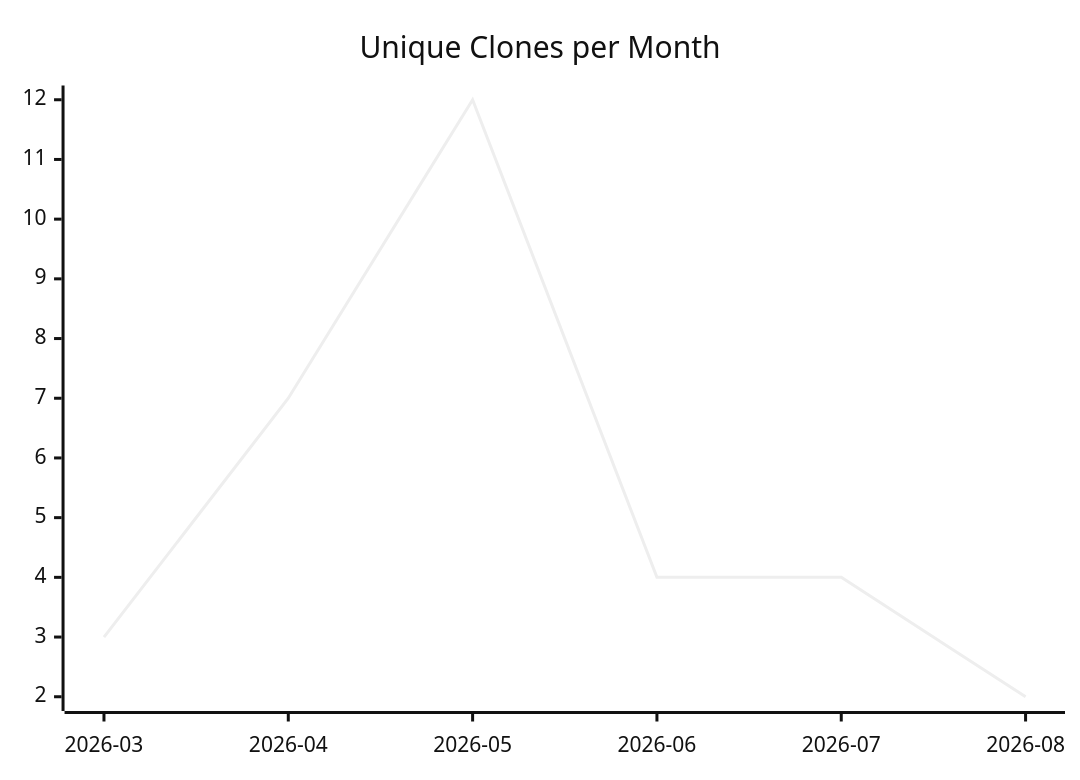
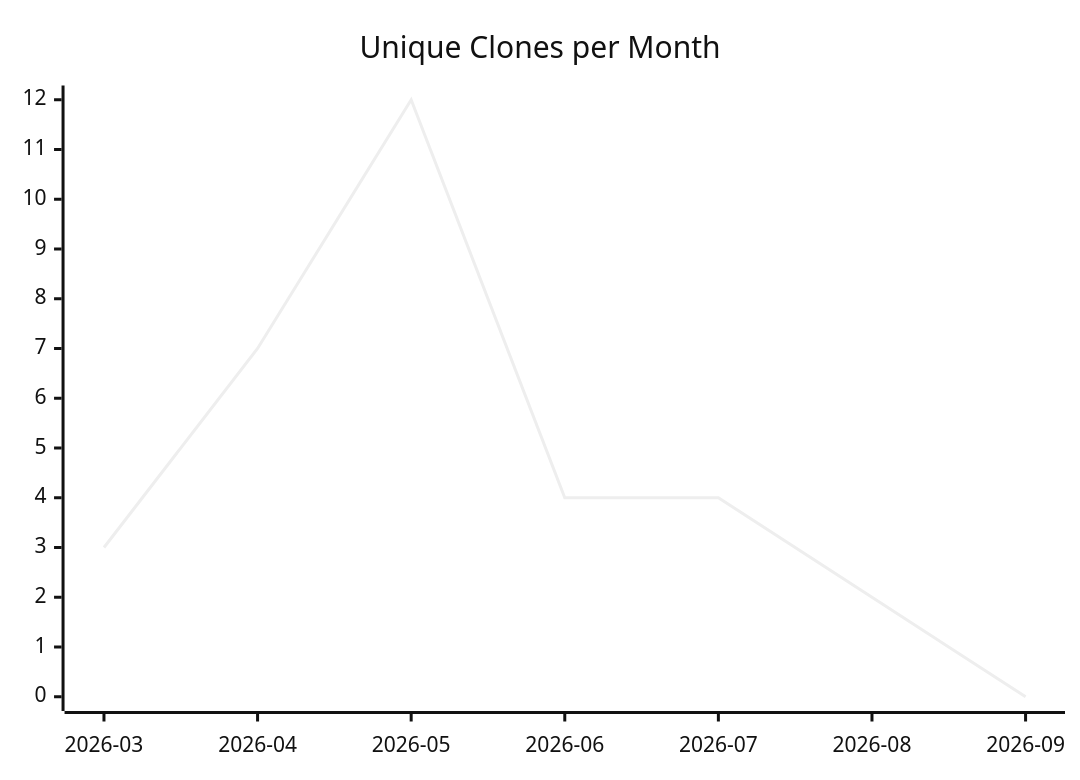
One commit to justdavis-family/github-analytics-data changed the third of 3 diagrams in karlmdavis/perfect-note/README.md. Above: the diagram before and after it, drawn with Mermaid (neutral theme). The commit also changed other lines of this file and 191 other files, not shown here.

````diff
--- a/karlmdavis/perfect-note/README.md
+++ b/karlmdavis/perfect-note/README.md
@@ -19,6 +19,6 @@
 ```mermaid
 xychart-beta
   title "Unique Clones per Month"
-  x-axis ["2026-03", "2026-04", "2026-05", "2026-06", "2026-07", "2026-08"]
-  line [3, 7, 12, 4, 4, 2]
+  x-axis ["2026-03", "2026-04", "2026-05", "2026-06", "2026-07", "2026-08", "2026-09"]
+  line [3, 7, 12, 4, 4, 2, 0]
 ```
````
